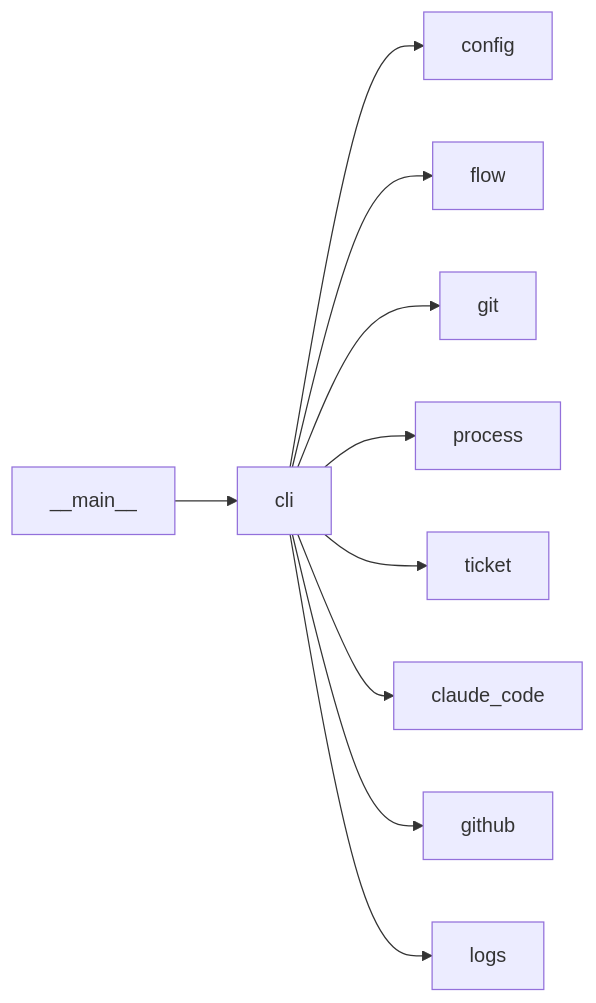
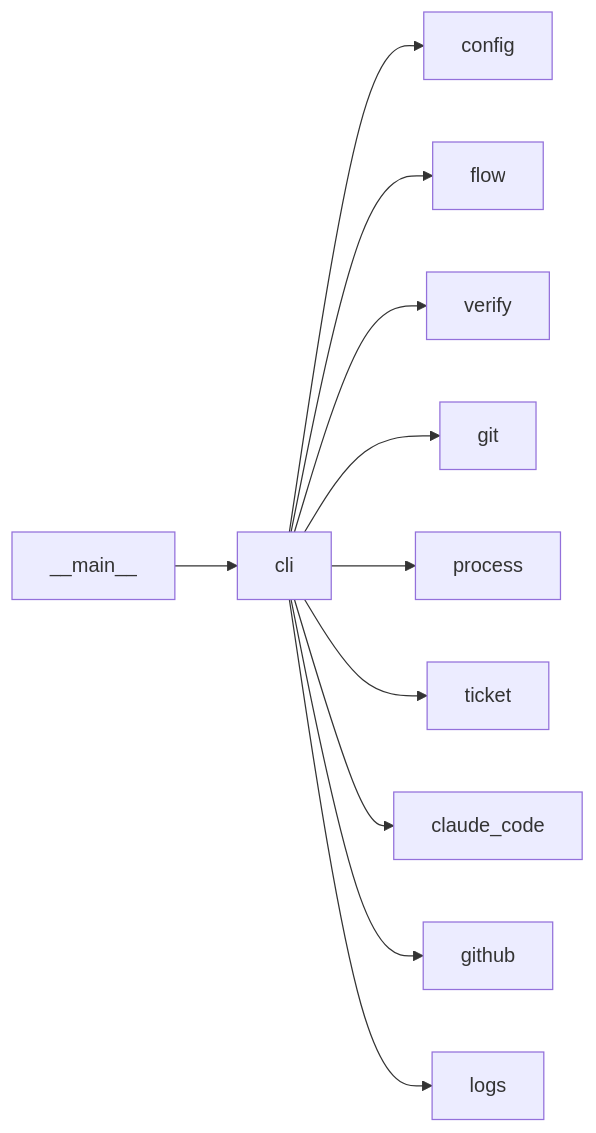
One commit to plaplanche/ariane changed the diagram in docs/architecture/modules/cli.md. Above: the diagram before and after it, drawn with Mermaid. The commit also changed other lines of this file and 14 other files, not shown here.

````diff
--- a/docs/architecture/modules/cli.md
+++ b/docs/architecture/modules/cli.md
@@ -13,12 +13,13 @@
 ```mermaid
 flowchart LR
   cli --> config
   cli --> flow
+  cli --> verify
   cli --> git
   cli --> process
   cli --> ticket
   cli --> claude_code
   cli --> github
   cli --> logs
   __main__ --> cli
 ```
````
